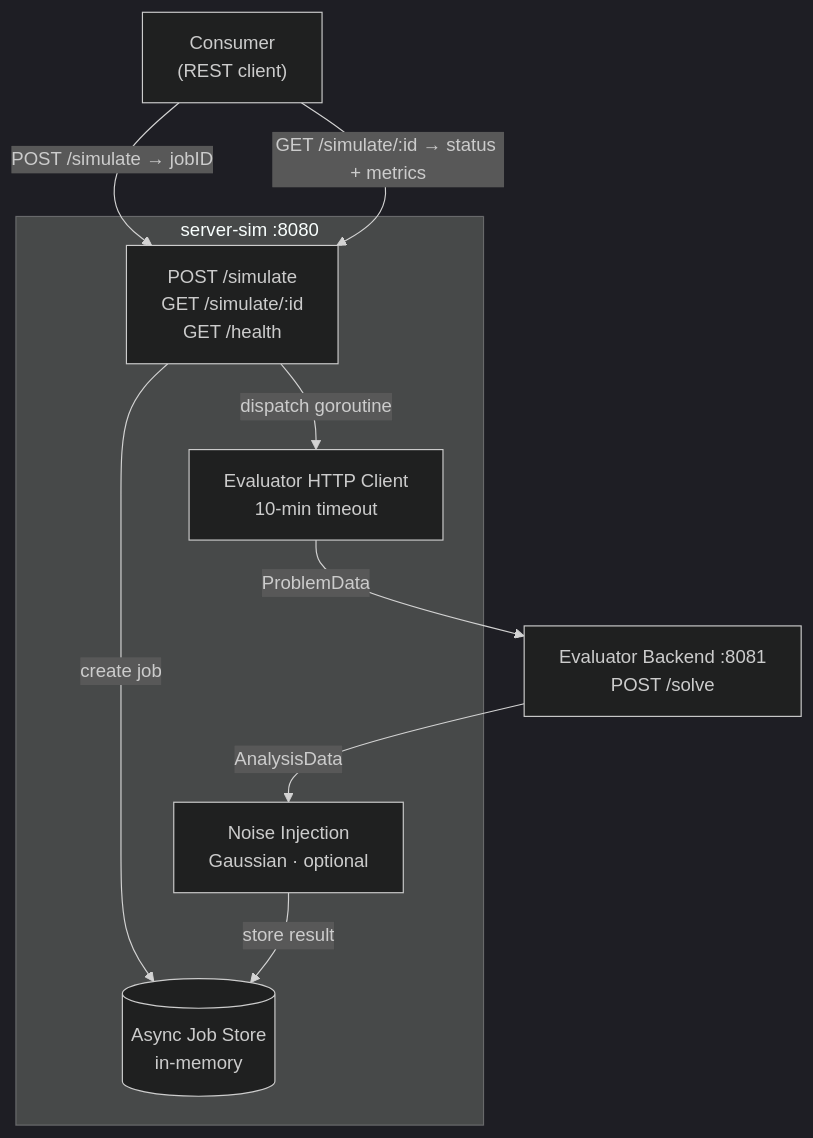
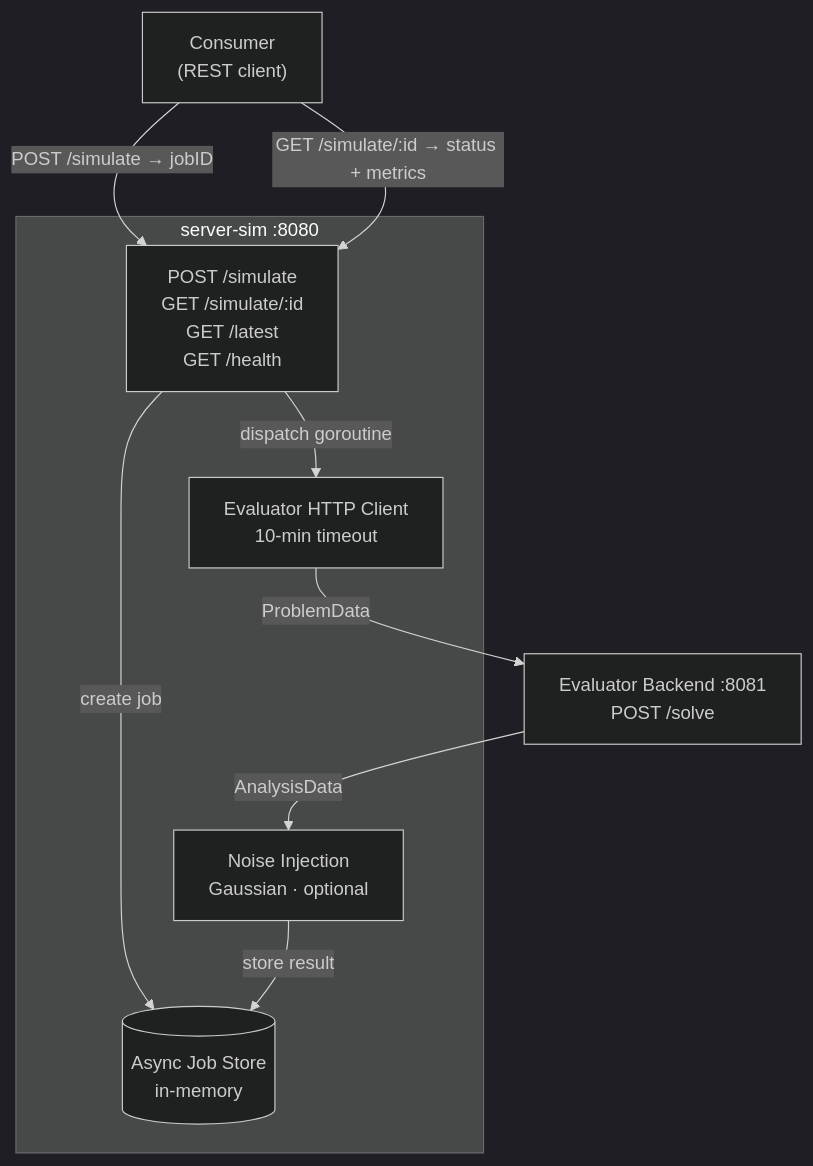
One commit to llm-inferno/server-sim changed the first of 5 diagrams in README.md. Above: the diagram before and after it, drawn with Mermaid (dark theme). The commit also changed other lines of this file and 17 other files, not shown here.

First line of the commit message:
feat: continuous traffic generator (background loop + GET /latest) (#21)

````diff
--- a/README.md
+++ b/README.md
@@ -9,21 +9,21 @@
 ```mermaid
 flowchart TD
     Consumer["Consumer\n(REST client)"]
 
     subgraph ss["server-sim  :8080"]
-        API["POST /simulate\nGET  /simulate/:id\nGET  /health"]
+        API["POST /simulate\nGET  /simulate/:id\nGET  /latest\nGET  /health"]
         Jobs[("Async Job Store\nin-memory")]
         Noise["Noise Injection\nGaussian · optional"]
         EvalClient["Evaluator HTTP Client\n10-min timeout"]
     end
 
     Evaluator["Evaluator Backend  :8081\nPOST /solve"]
 
     Consumer -->|"POST /simulate → jobID"| API
     Consumer -->|"GET /simulate/:id → status + metrics"| API
     API -->|create job| Jobs
     API -->|dispatch goroutine| EvalClient
     EvalClient -->|ProblemData| Evaluator
     Evaluator -->|AnalysisData| Noise
     Noise -->|store result| Jobs
 ```
````
